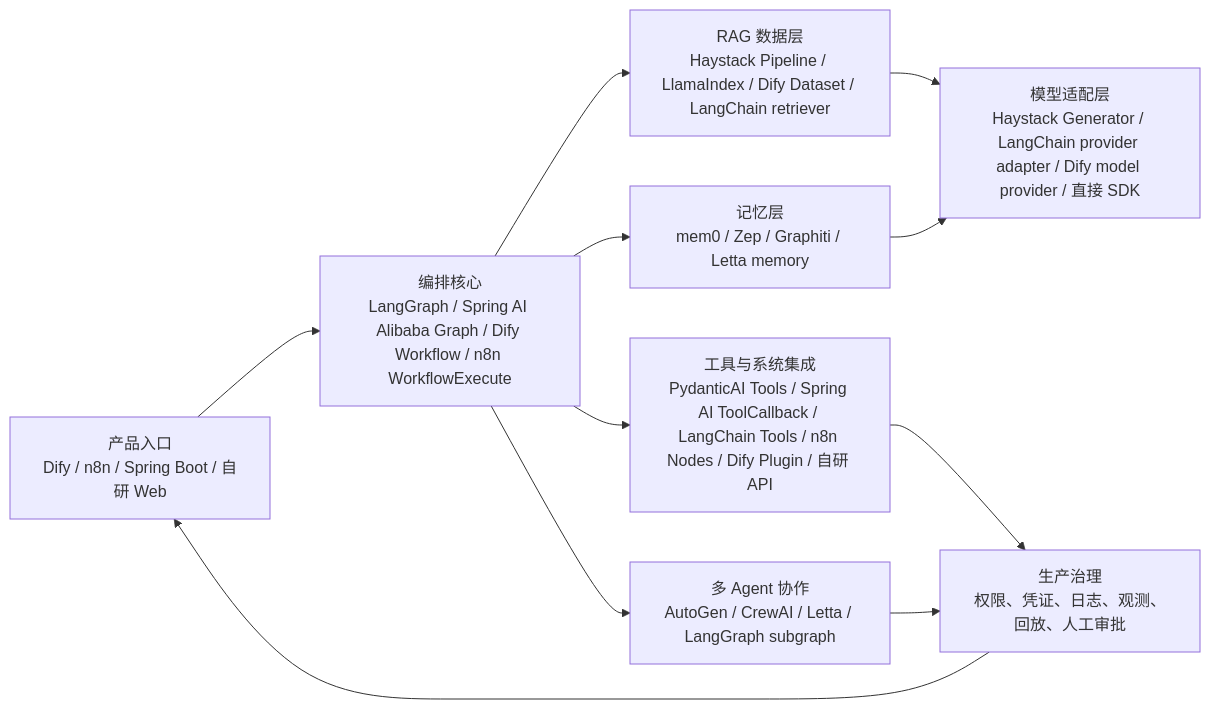
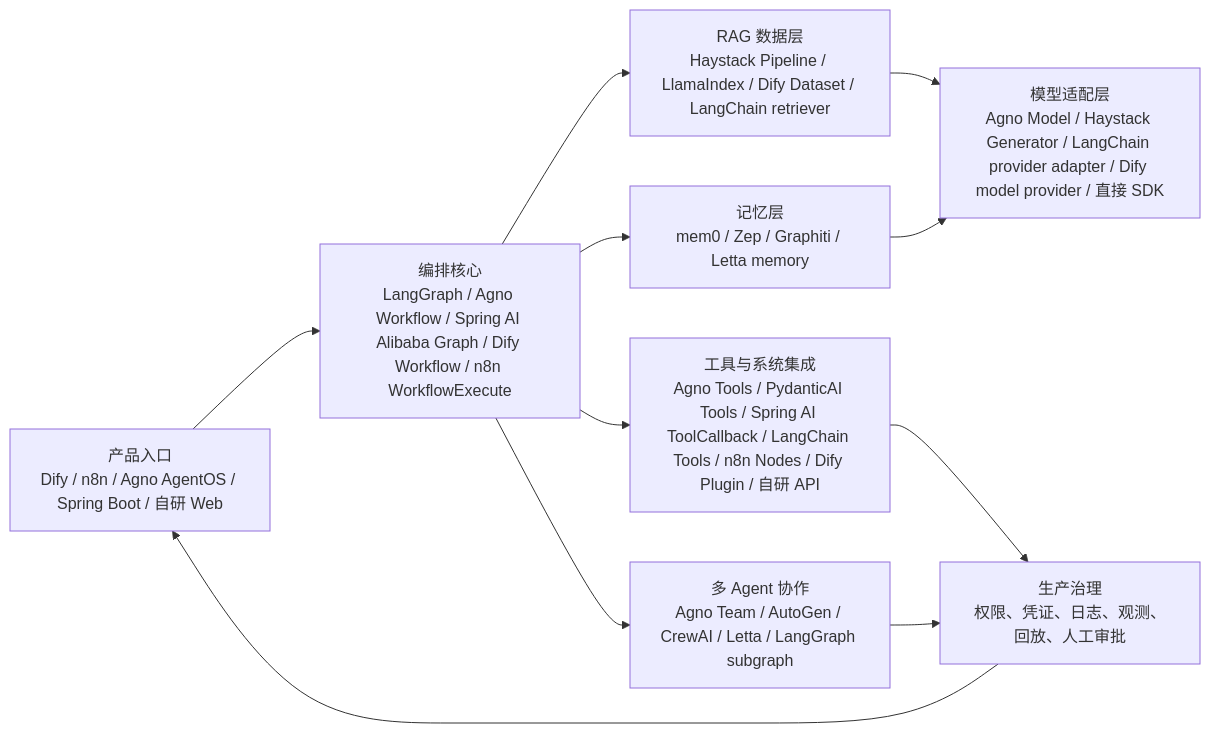
One commit to onlycaizhongwen/llm-framework-internals changed the third of 5 diagrams in docs/cross-framework-analysis/index.md. Above: the diagram before and after it, drawn with Mermaid. The commit also changed other lines of this file and 21 other files, not shown here.

First line of the commit message:
Explain Agno as an agent platform SDK

````diff
--- a/docs/cross-framework-analysis/index.md
+++ b/docs/cross-framework-analysis/index.md
@@ -123,13 +126,13 @@
 ```mermaid
 flowchart LR
-    UI["产品入口<br/>Dify / n8n / Spring Boot / 自研 Web"] --> Orchestrator["编排核心<br/>LangGraph / Spring AI Alibaba Graph / Dify Workflow / n8n WorkflowExecute"]
+    UI["产品入口<br/>Dify / n8n / Agno AgentOS / Spring Boot / 自研 Web"] --> Orchestrator["编排核心<br/>LangGraph / Agno Workflow / Spring AI Alibaba Graph / Dify Workflow / n8n WorkflowExecute"]
     Orchestrator --> RAG["RAG 数据层<br/>Haystack Pipeline / LlamaIndex / Dify Dataset / LangChain retriever"]
     Orchestrator --> Memory["记忆层<br/>mem0 / Zep / Graphiti / Letta memory"]
-    Orchestrator --> Tools["工具与系统集成<br/>PydanticAI Tools / Spring AI ToolCallback / LangChain Tools / n8n Nodes / Dify Plugin / 自研 API"]
-    Orchestrator --> Agent["多 Agent 协作<br/>AutoGen / CrewAI / Letta / LangGraph subgraph"]
-    RAG --> LLM["模型适配层<br/>Haystack Generator / LangChain provider adapter / Dify model provider / 直接 SDK"]
+    Orchestrator --> Tools["工具与系统集成<br/>Agno Tools / PydanticAI Tools / Spring AI ToolCallback / LangChain Tools / n8n Nodes / Dify Plugin / 自研 API"]
+    Orchestrator --> Agent["多 Agent 协作<br/>Agno Team / AutoGen / CrewAI / Letta / LangGraph subgraph"]
+    RAG --> LLM["模型适配层<br/>Agno Model / Haystack Generator / LangChain provider adapter / Dify model provider / 直接 SDK"]
     Memory --> LLM
     Tools --> Audit["生产治理<br/>权限、凭证、日志、观测、回放、人工审批"]
     Agent --> Audit
     Audit --> UI
 ```
````
